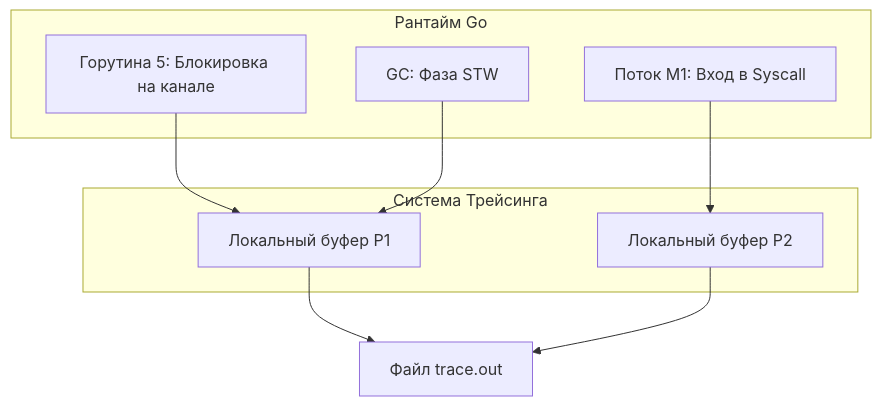
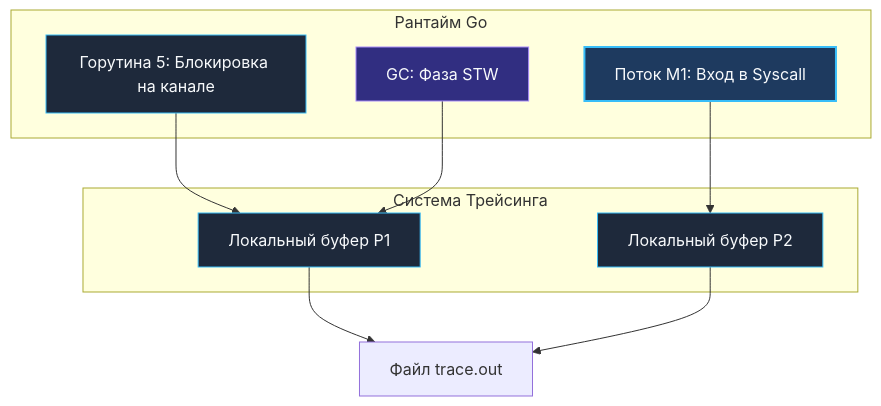
Before and after one commit to UnrealTemplier/go-textbook: the second of 2 diagrams in sources/7. Глубокий Go (Внутреннее устройство)/47. Pprof, Trace и внутренние механизмы профилирования.md, drawn with Mermaid. The commit also changed 1666 other files, not shown here.

First line of the commit message:
feat(mermaid): add semantic color classDef to 1369 colorless flowchart/graph diagrams

````diff
--- a/sources/7. Глубокий Go (Внутреннее устройство)/47. Pprof, Trace и внутренние механизмы профилирования.md
+++ b/sources/7. Глубокий Go (Внутреннее устройство)/47. Pprof, Trace и внутренние механизмы профилирования.md
@@ -89,20 +89,30 @@
 ```mermaid
 flowchart TD
+    classDef process  fill:#1e293b,stroke:#38bdf8,stroke-width:1px,color:#f8fafc
+    classDef success  fill:#064e3b,stroke:#34d399,stroke-width:1px,color:#f8fafc
+    classDef error    fill:#7f1d1d,stroke:#f87171,stroke-width:1px,color:#f8fafc
+    classDef warning  fill:#78350f,stroke:#fbbf24,stroke-width:1px,color:#f8fafc
+    classDef entry    fill:#1e3a5f,stroke:#38bdf8,stroke-width:2px,color:#f8fafc
+    classDef aux      fill:#334155,stroke:#64748b,stroke-width:1px,color:#f8fafc
+    classDef system   fill:#312e81,stroke:#a78bfa,stroke-width:1px,color:#f8fafc
+    classDef data     fill:#132d29,stroke:#2dd4bf,stroke-width:1px,color:#f8fafc
+    classDef network  fill:#881337,stroke:#fb7185,stroke-width:1px,color:#f8fafc
+    classDef accent   fill:#1e1b4b,stroke:#818cf8,stroke-width:1px,color:#f8fafc
     subgraph RUNTIME ["Рантайм Go"]
-        EVENT1["Горутина 5: Блокировка на канале"]
-        EVENT2["Поток M1: Вход в Syscall"]
-        EVENT3["GC: Фаза STW"]
+        EVENT1["Горутина 5: Блокировка на канале"]:::process
+        EVENT2["Поток M1: Вход в Syscall"]:::entry
+        EVENT3["GC: Фаза STW"]:::system
     end
     
     subgraph TRACER ["Система Трейсинга"]
-        BUF1["Локальный буфер P1"]
-        BUF2["Локальный буфер P2"]
+        BUF1["Локальный буфер P1"]:::process
+        BUF2["Локальный буфер P2"]:::process
     end
     
     EVENT1 --> BUF1
     EVENT3 --> BUF1
     EVENT2 --> BUF2
     
     BUF1 --> FILE["Файл trace.out"]
     BUF2 --> FILE
 ```
````
